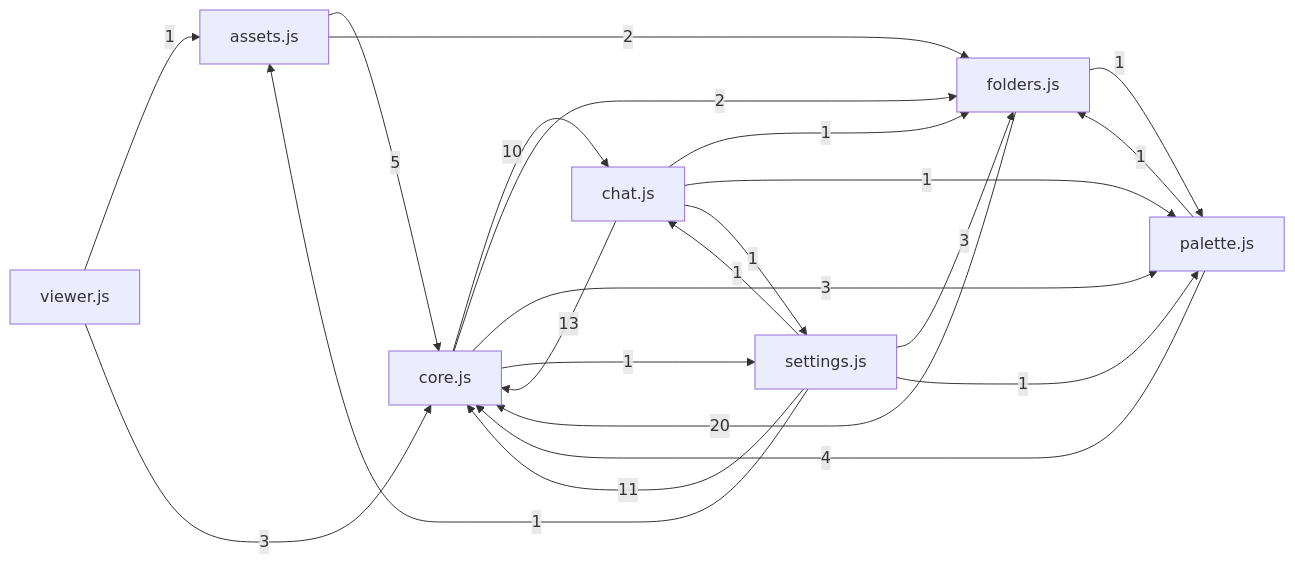
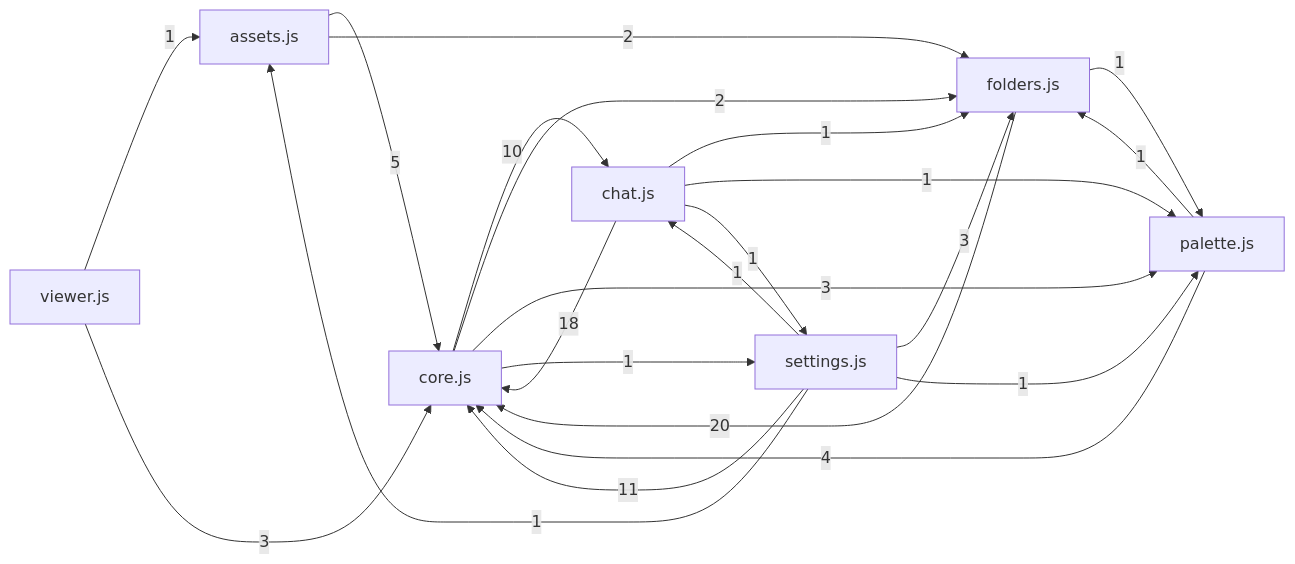
Before and after one commit to Zenginby/kromis: the diagram in docs/graflar/onyuz.md, drawn with Mermaid. The commit also changed other lines of this file and 26 other files, not shown here.

````diff
--- a/docs/graflar/onyuz.md
+++ b/docs/graflar/onyuz.md
@@ -23,24 +23,24 @@
 ```mermaid
 flowchart LR
   n_assets_js["assets.js"] -->|5| n_core_js["core.js"]
   n_assets_js["assets.js"] -->|2| n_folders_js["folders.js"]
-  n_chat_js["chat.js"] -->|13| n_core_js["core.js"]
+  n_chat_js["chat.js"] -->|18| n_core_js["core.js"]
   n_chat_js["chat.js"] -->|1| n_folders_js["folders.js"]
   n_chat_js["chat.js"] -->|1| n_palette_js["palette.js"]
   n_chat_js["chat.js"] -->|1| n_settings_js["settings.js"]
   n_core_js["core.js"] -->|10| n_chat_js["chat.js"]
   n_core_js["core.js"] -->|2| n_folders_js["folders.js"]
   n_core_js["core.js"] -->|3| n_palette_js["palette.js"]
   n_core_js["core.js"] -->|1| n_settings_js["settings.js"]
   n_folders_js["folders.js"] -->|20| n_core_js["core.js"]
   n_folders_js["folders.js"] -->|1| n_palette_js["palette.js"]
   n_palette_js["palette.js"] -->|4| n_core_js["core.js"]
   n_palette_js["palette.js"] -->|1| n_folders_js["folders.js"]
   n_settings_js["settings.js"] -->|1| n_assets_js["assets.js"]
   n_settings_js["settings.js"] -->|1| n_chat_js["chat.js"]
   n_settings_js["settings.js"] -->|11| n_core_js["core.js"]
   n_settings_js["settings.js"] -->|3| n_folders_js["folders.js"]
   n_settings_js["settings.js"] -->|1| n_palette_js["palette.js"]
   n_viewer_js["viewer.js"] -->|1| n_assets_js["assets.js"]
   n_viewer_js["viewer.js"] -->|3| n_core_js["core.js"]
 ```
````
